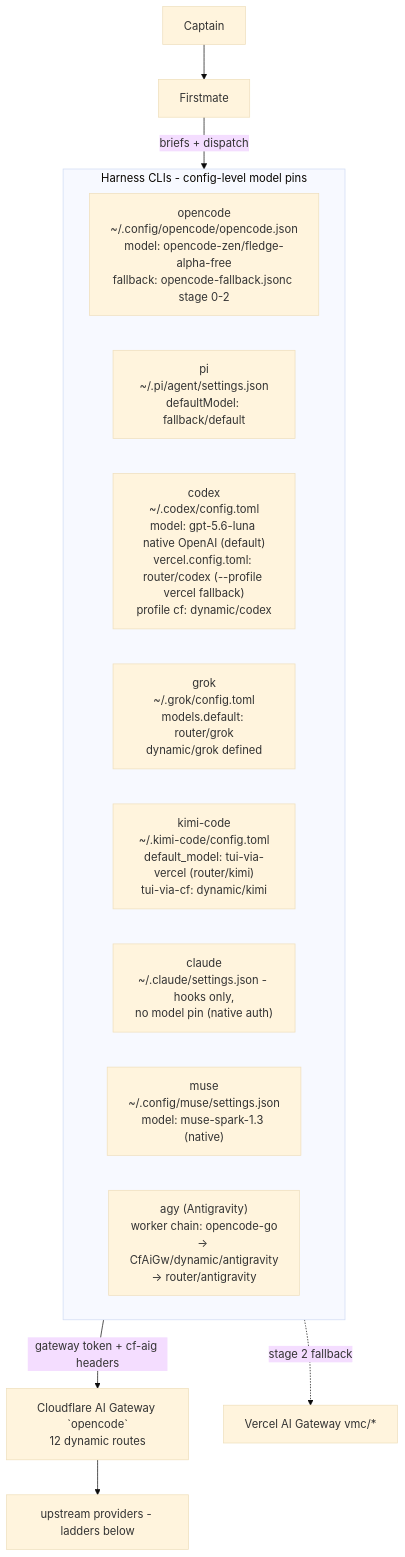
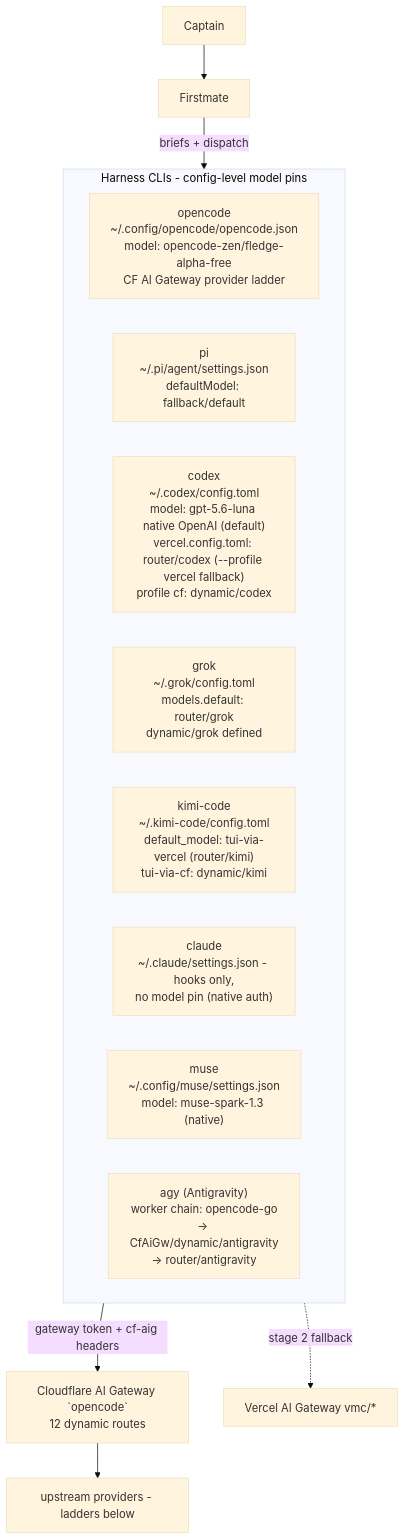
One commit to phillias/dotfiles changed the first of 18 diagrams in dot_agents/skills/provider-catalog/references/ROUTING_TOPOLOGY.md. Above: the diagram before and after it, drawn with Mermaid (base theme). The commit also changed 17 other files, not shown here.

Commit message:
Remove dead opencode runtime fallback files

````diff
--- a/dot_agents/skills/provider-catalog/references/ROUTING_TOPOLOGY.md
+++ b/dot_agents/skills/provider-catalog/references/ROUTING_TOPOLOGY.md
@@ -89,18 +89,18 @@
 ```mermaid
 flowchart TD
     captain[Captain] --> fm[Firstmate]
     fm -->|briefs + dispatch| harnesses
     subgraph harnesses[Harness CLIs - config-level model pins]
-        OC["opencode<br/>~/.config/opencode/opencode.json<br/>model: opencode-zen/fledge-alpha-free<br/>fallback: opencode-fallback.jsonc stage 0-2"]
+        OC["opencode<br/>~/.config/opencode/opencode.json<br/>model: opencode-zen/fledge-alpha-free<br/>CF AI Gateway provider ladder"]
         PI["pi<br/>~/.pi/agent/settings.json<br/>defaultModel: fallback/default"]
         CX["codex<br/>~/.codex/config.toml<br/>model: gpt-5.6-luna native OpenAI (default)<br/>vercel.config.toml: router/codex (--profile vercel fallback)<br/>profile cf: dynamic/codex"]
         GR["grok<br/>~/.grok/config.toml<br/>models.default: router/grok<br/>dynamic/grok defined"]
         KM["kimi-code<br/>~/.kimi-code/config.toml<br/>default_model: tui-via-vercel (router/kimi)<br/>tui-via-cf: dynamic/kimi"]
         CL["claude<br/>~/.claude/settings.json - hooks only,<br/>no model pin (native auth)"]
         MU["muse<br/>~/.config/muse/settings.json<br/>model: muse-spark-1.3 (native)"]
         AGY["agy (Antigravity)<br/>worker chain: opencode-go<br/>→ CfAiGw/dynamic/antigravity<br/>→ router/antigravity"]
     end
     harnesses -->|gateway token + cf-aig headers| GW["Cloudflare AI Gateway `opencode`<br/>12 dynamic routes"]
     GW --> models[upstream providers - ladders below]
     harnesses -.->|stage 2 fallback| VG[Vercel AI Gateway vmc/*]
 ```
````
